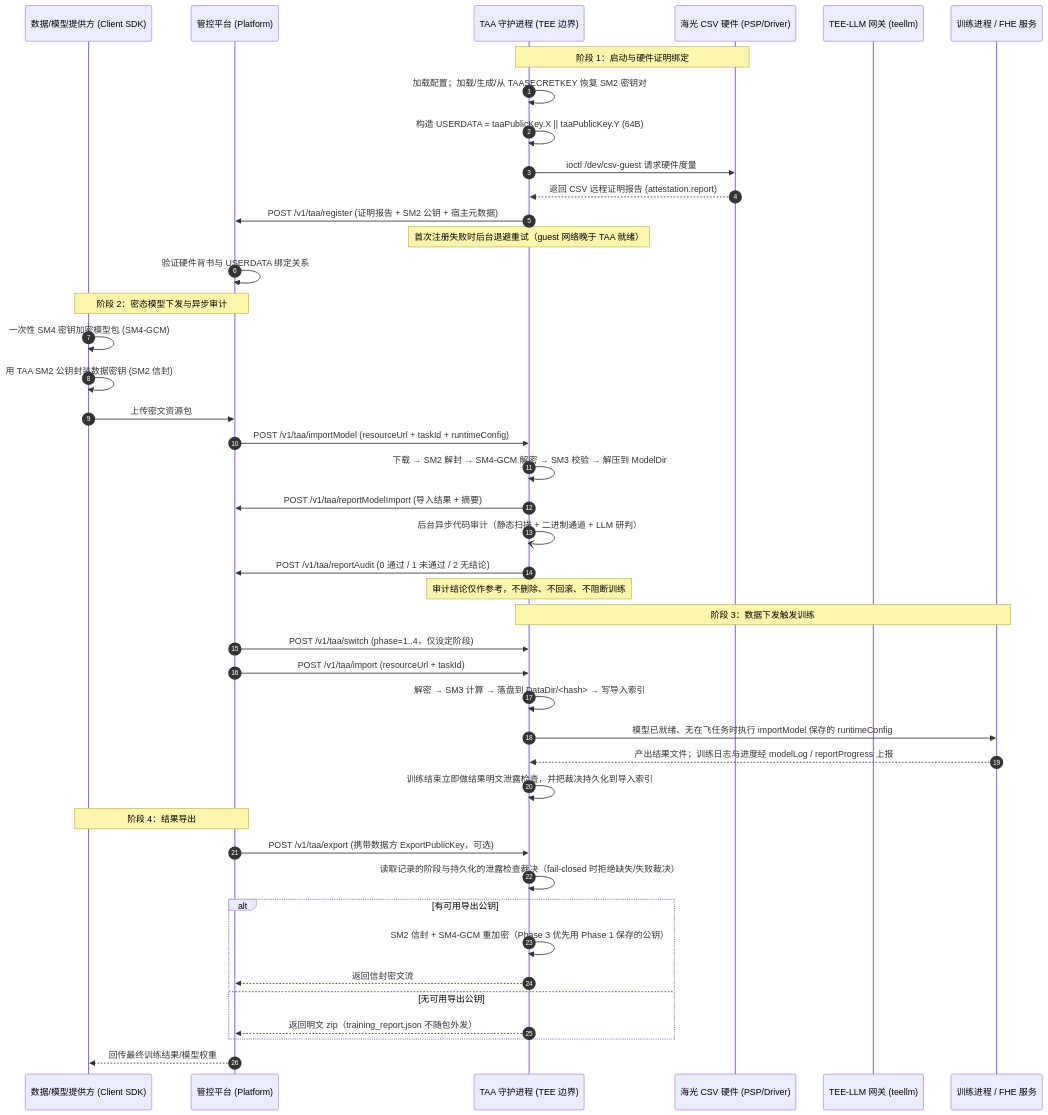
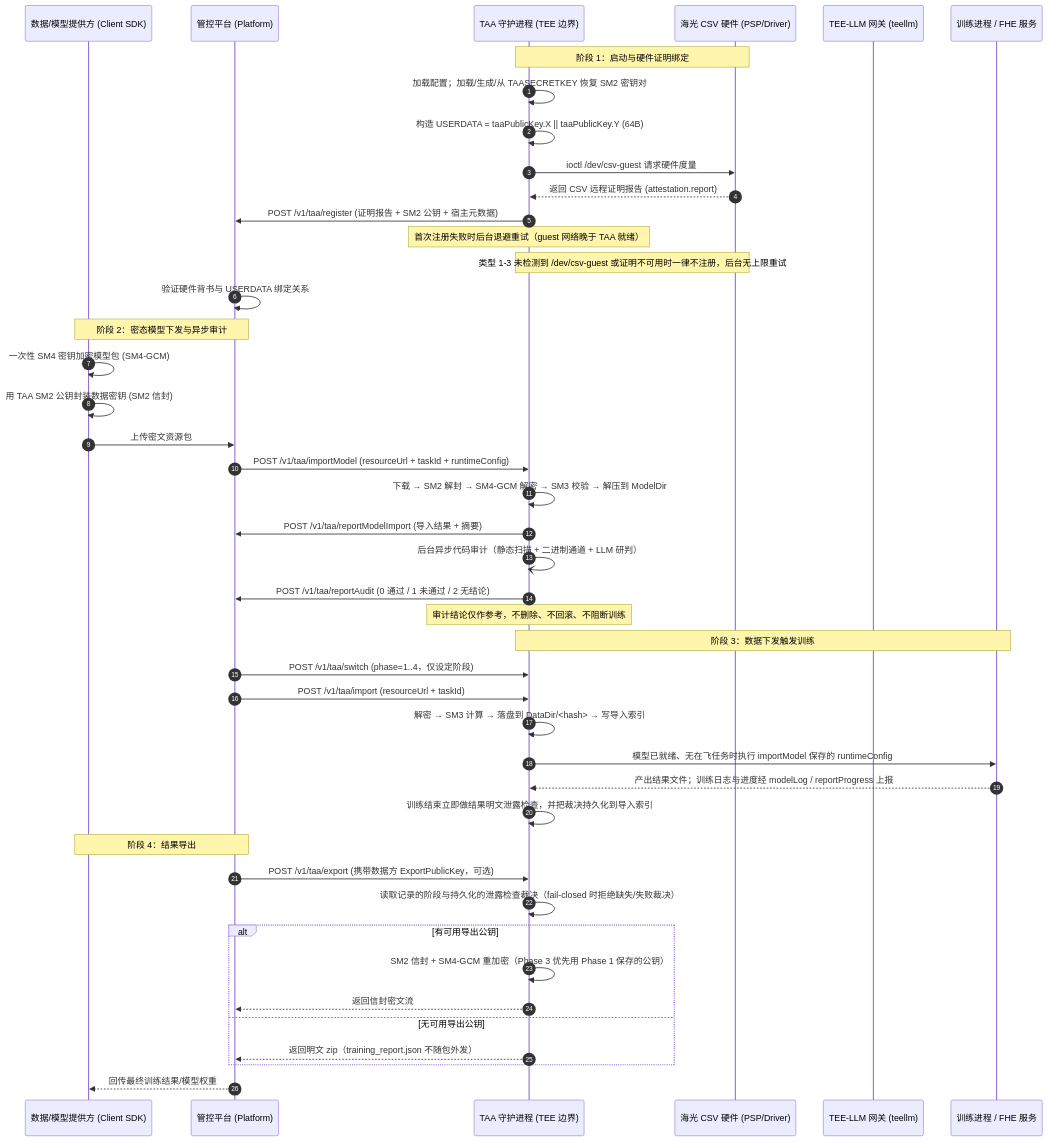
Before and after one commit to CipherSlinger/taa: the diagram in docs/architecture-design.md, drawn with Mermaid. The commit also changed other lines of this file and 5 other files, not shown here.

````diff
--- a/docs/architecture-design.md
+++ b/docs/architecture-design.md
@@ -38,53 +38,54 @@
 ```mermaid
 sequenceDiagram
     autonumber
     participant Provider as 数据/模型提供方 (Client SDK)
     participant Platform as 管控平台 (Platform)
     participant TAA as TAA 守护进程 (TEE 边界)
     participant CSV as 海光 CSV 硬件 (PSP/Driver)
     participant LLM as TEE-LLM 网关 (teellm)
     participant Engine as 训练进程 / FHE 服务
 
     %% 阶段 1：启动、证明与身份注册
     Note over TAA,CSV: 阶段 1：启动与硬件证明绑定
     TAA->>TAA: 加载配置；加载/生成/从 TAASECRETKEY 恢复 SM2 密钥对
     TAA->>TAA: 构造 USERDATA = taaPublicKey.X || taaPublicKey.Y (64B)
     TAA->>CSV: ioctl /dev/csv-guest 请求硬件度量
     CSV-->>TAA: 返回 CSV 远程证明报告 (attestation.report)
     TAA->>Platform: POST /v1/taa/register (证明报告 + SM2 公钥 + 宿主元数据)
     Note over TAA: 首次注册失败时后台退避重试（guest 网络晚于 TAA 就绪）
+    Note over TAA,CSV: 类型 1-3 未检测到 /dev/csv-guest 或证明不可用时一律不注册，后台无上限重试
     Platform->>Platform: 验证硬件背书与 USERDATA 绑定关系
 
     %% 阶段 2：模型下发与异步审计
     Note over Provider,Platform: 阶段 2：密态模型下发与异步审计
     Provider->>Provider: 一次性 SM4 密钥加密模型包 (SM4-GCM)
     Provider->>Provider: 用 TAA SM2 公钥封装数据密钥 (SM2 信封)
     Provider->>Platform: 上传密文资源包
     Platform->>TAA: POST /v1/taa/importModel (resourceUrl + taskId + runtimeConfig)
     TAA->>TAA: 下载 → SM2 解封 → SM4-GCM 解密 → SM3 校验 → 解压到 ModelDir
     TAA->>Platform: POST /v1/taa/reportModelImport (导入结果 + 摘要)
     TAA-)TAA: 后台异步代码审计（静态扫描 + 二进制通道 + LLM 研判）
     TAA->>Platform: POST /v1/taa/reportAudit (0 通过 / 1 未通过 / 2 无结论)
     Note over TAA: 审计结论仅作参考，不删除、不回滚、不阻断训练
 
     %% 阶段 3：数据下发与训练
     Note over TAA,Engine: 阶段 3：数据下发触发训练
     Platform->>TAA: POST /v1/taa/switch (phase=1..4，仅设定阶段)
     Platform->>TAA: POST /v1/taa/import (resourceUrl + taskId)
     TAA->>TAA: 解密 → SM3 计算 → 落盘到 DataDir/<hash> → 写导入索引
     TAA->>Engine: 模型已就绪、无在飞任务时执行 importModel 保存的 runtimeConfig
     Engine-->>TAA: 产出结果文件；训练日志与进度经 modelLog / reportProgress 上报
     TAA->>TAA: 训练结束立即做结果明文泄露检查，并把裁决持久化到导入索引
 
     %% 阶段 4：密态导出
     Note over Platform,Provider: 阶段 4：结果导出
     Platform->>TAA: POST /v1/taa/export (携带数据方 ExportPublicKey，可选)
     TAA->>TAA: 读取记录的阶段与持久化的泄露检查裁决（fail-closed 时拒绝缺失/失败裁决）
     alt 有可用导出公钥
         TAA->>TAA: SM2 信封 + SM4-GCM 重加密（Phase 3 优先用 Phase 1 保存的公钥）
         TAA-->>Platform: 返回信封密文流
     else 无可用导出公钥
         TAA-->>Platform: 返回明文 zip（training_report.json 不随包外发）
     end
     Platform-->>Provider: 回传最终训练结果/模型权重
 ```
````
